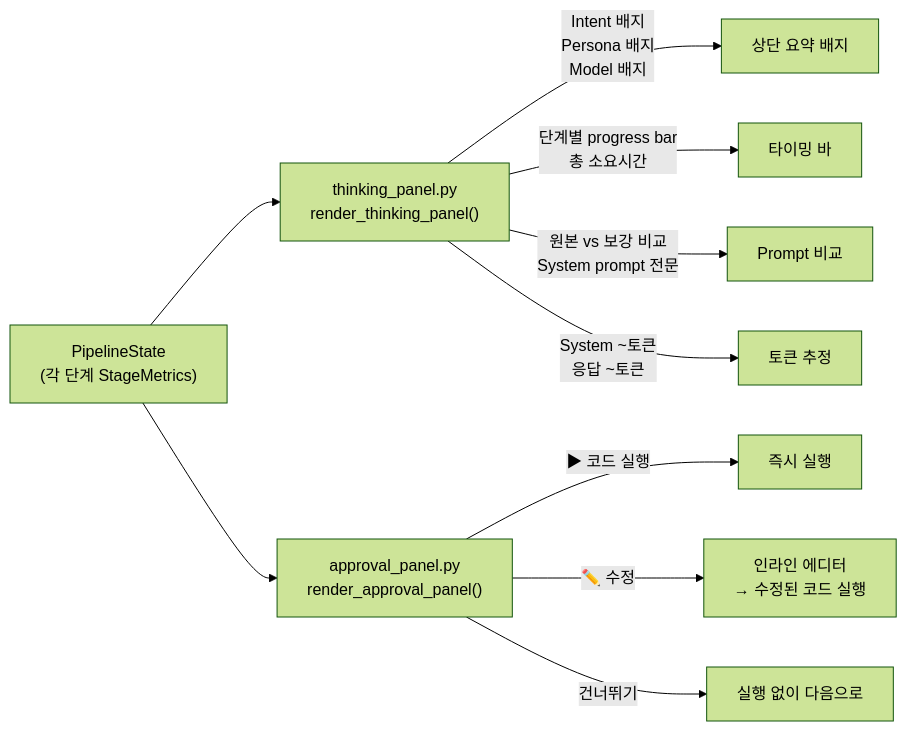
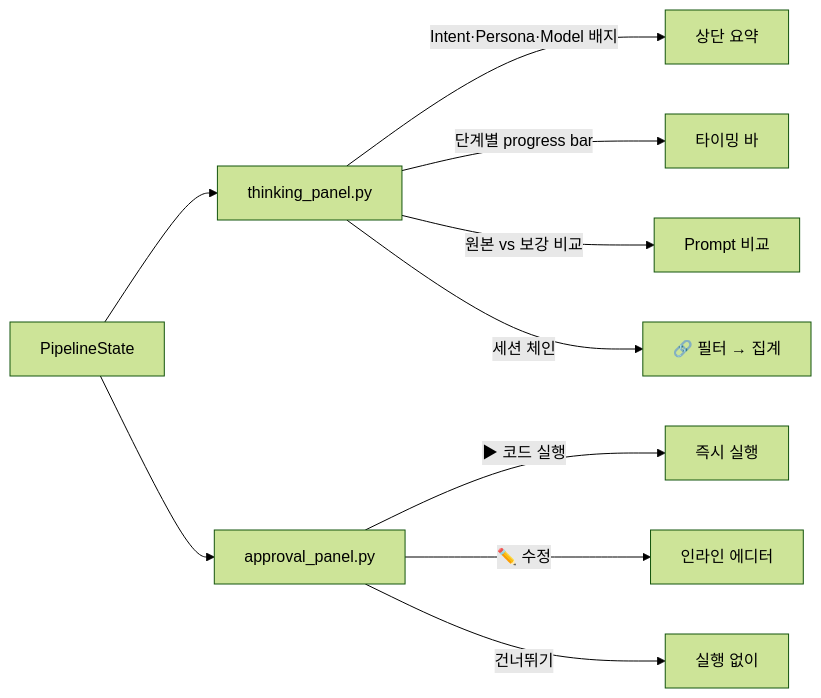
The fifth of 8 diagrams in README.md (sayoon01/excel-ai-agent), drawn with Mermaid (forest theme) before and after one commit. The commit also changed other lines of this file and 33 other files, not shown here.

````diff
--- a/README.md
+++ b/README.md
@@ -256,17 +344,17 @@
 ```mermaid
 flowchart LR
-    State["PipelineState\n(각 단계 StageMetrics)"]
-    TP3["thinking_panel.py\nrender_thinking_panel()"]
-    AP3["approval_panel.py\nrender_approval_panel()"]
+    State["PipelineState"]
+    TP3["thinking_panel.py"]
+    AP3["approval_panel.py"]
 
     State --> TP3
-    TP3 -->|"Intent 배지\nPersona 배지\nModel 배지"| Badge["상단 요약 배지"]
-    TP3 -->|"단계별 progress bar\n총 소요시간"| Timing["타이밍 바"]
-    TP3 -->|"원본 vs 보강 비교\nSystem prompt 전문"| Prompt["Prompt 비교"]
-    TP3 -->|"System ~토큰\n응답 ~토큰"| Tokens["토큰 추정"]
+    TP3 -->|"Intent·Persona·Model 배지"| Badge["상단 요약"]
+    TP3 -->|"단계별 progress bar"| Timing["타이밍 바"]
+    TP3 -->|"원본 vs 보강 비교"| Prompt["Prompt 비교"]
+    TP3 -->|"세션 체인"| Chain["🔗 필터 → 집계"]
 
     State --> AP3
     AP3 -->|"▶ 코드 실행"| Execute["즉시 실행"]
-    AP3 -->|"✏️ 수정"| Edit["인라인 에디터\n→ 수정된 코드 실행"]
-    AP3 -->|"건너뛰기"| Skip["실행 없이 다음으로"]
+    AP3 -->|"✏️ 수정"| Edit["인라인 에디터"]
+    AP3 -->|"건너뛰기"| Skip["실행 없이"]
 ```
````
